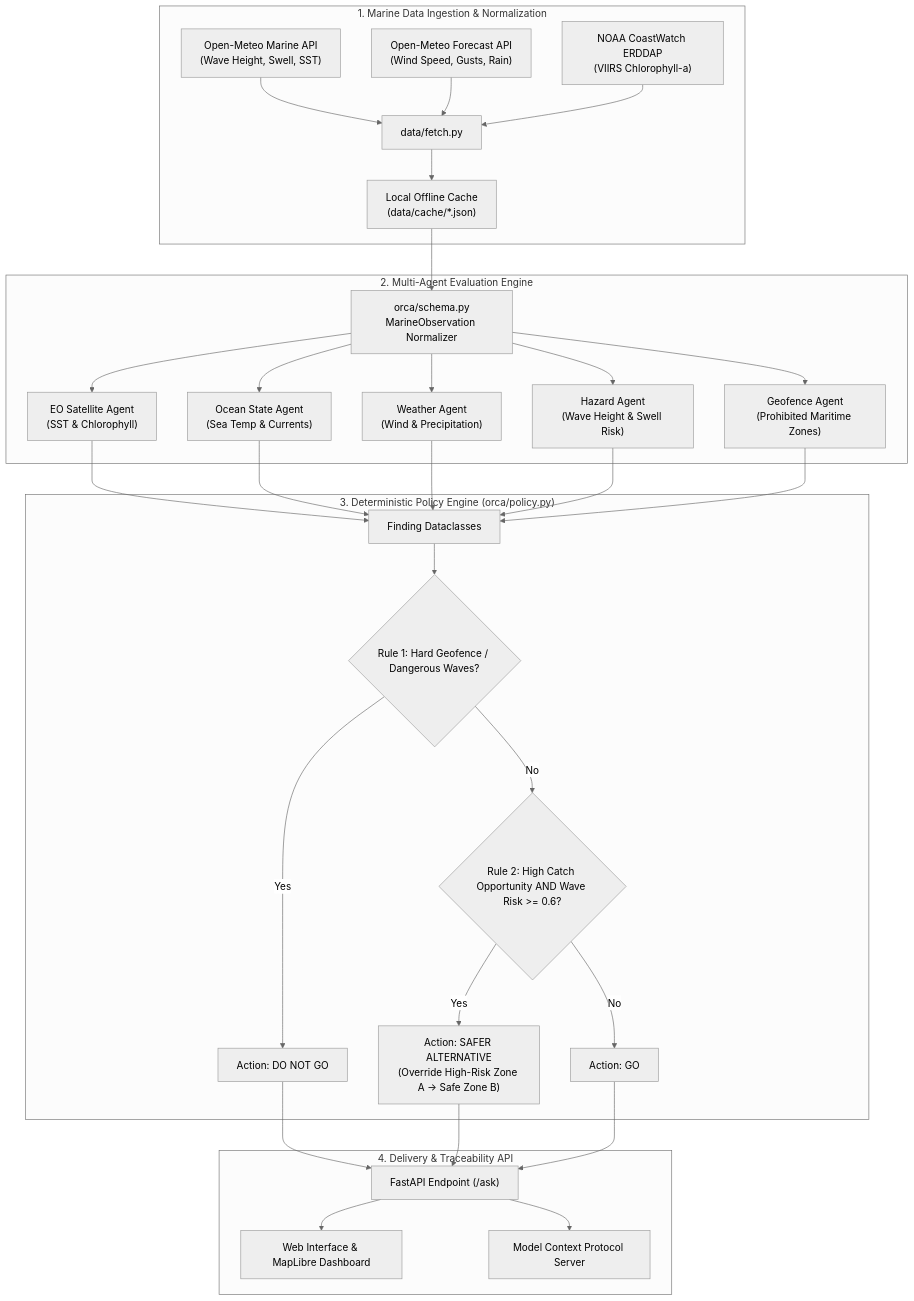
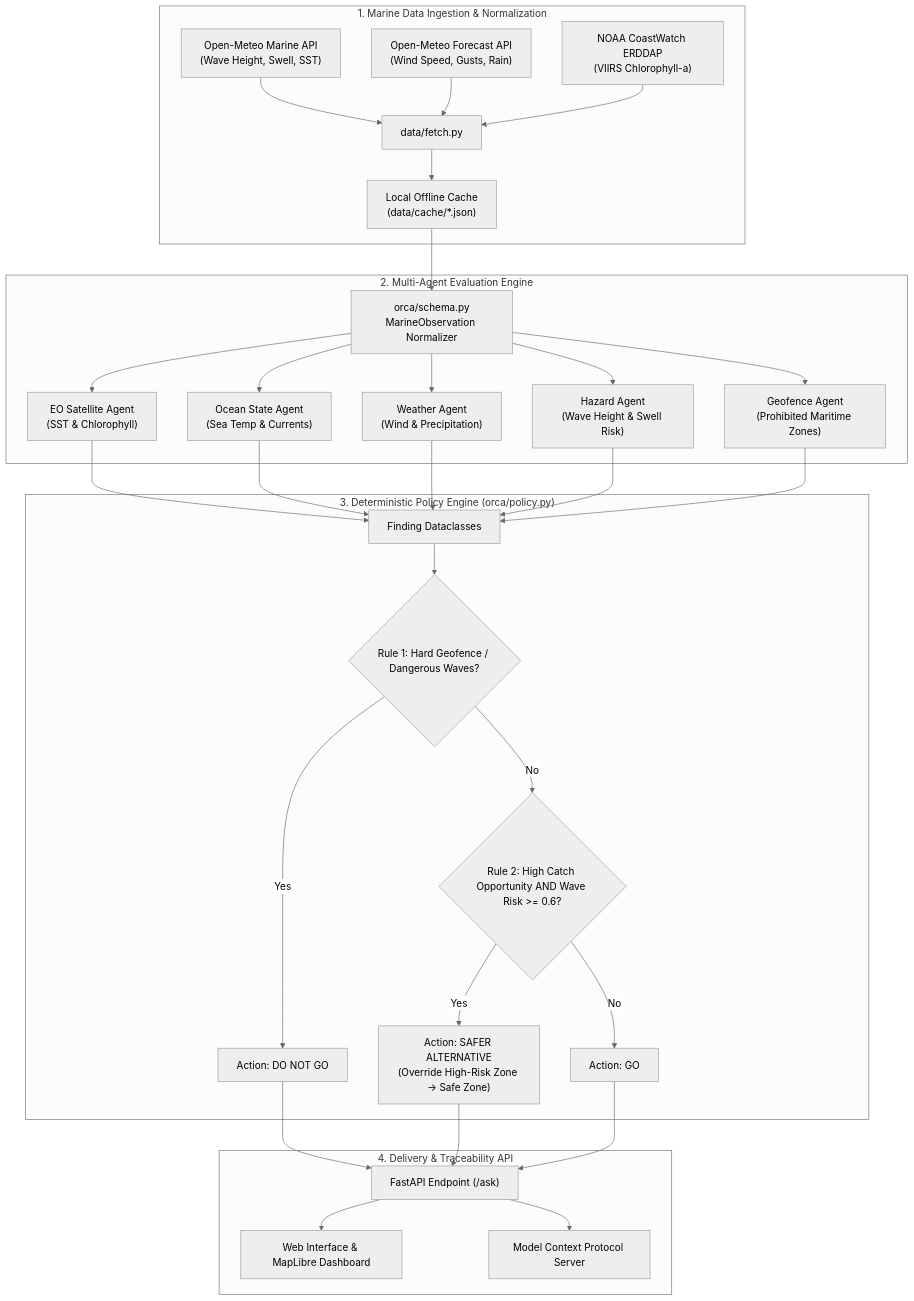
One commit to Anbu-00001/ORCA changed the first of 3 diagrams in README.md. Above: the diagram before and after it, drawn with Mermaid (neutral theme). The commit also changed other lines of this file and 33 other files, not shown here.

````diff
--- a/README.md
+++ b/README.md
@@ -40,45 +40,45 @@
 ```mermaid
 flowchart TD
     subgraph Data_Layer ["1. Marine Data Ingestion & Normalization"]
         OM_Marine["Open-Meteo Marine API\n(Wave Height, Swell, SST)"]
         OM_Forecast["Open-Meteo Forecast API\n(Wind Speed, Gusts, Rain)"]
         NOAA_ERDDAP["NOAA CoastWatch ERDDAP\n(VIIRS Chlorophyll-a)"]
         Cache["Local Offline Cache\n(data/cache/*.json)"]
         
         OM_Marine --> Fetcher["data/fetch.py"]
         OM_Forecast --> Fetcher
         NOAA_ERDDAP --> Fetcher
         Fetcher --> Cache
     end
 
     subgraph Agent_Layer ["2. Multi-Agent Evaluation Engine"]
         Cache --> Schema["orca/schema.py\nMarineObservation Normalizer"]
         Schema --> Agent1["EO Satellite Agent\n(SST & Chlorophyll)"]
         Schema --> Agent2["Ocean State Agent\n(Sea Temp & Currents)"]
         Schema --> Agent3["Weather Agent\n(Wind & Precipitation)"]
         Schema --> Agent4["Hazard Agent\n(Wave Height & Swell Risk)"]
         Schema --> Agent5["Geofence Agent\n(Prohibited Maritime Zones)"]
     end
 
     subgraph Policy_Layer ["3. Deterministic Policy Engine (orca/policy.py)"]
         Agent1 --> Findings["Finding Dataclasses"]
         Agent2 --> Findings
         Agent3 --> Findings
         Agent4 --> Findings
         Agent5 --> Findings
         
         Findings --> PolicyRule1{"Rule 1: Hard Geofence / Dangerous Waves?"}
         PolicyRule1 -- "Yes" --> Deny["Action: DO NOT GO"]
         PolicyRule1 -- "No" --> PolicyRule2{"Rule 2: High Catch Opportunity AND Wave Risk >= 0.6?"}
-        PolicyRule2 -- "Yes" --> Override["Action: SAFER ALTERNATIVE\n(Override High-Risk Zone A -> Safe Zone B)"]
+        PolicyRule2 -- "Yes" --> Override["Action: SAFER ALTERNATIVE\n(Override High-Risk Zone -> Safe Zone)"]
         PolicyRule2 -- "No" --> SafeGo["Action: GO"]
     end
 
     subgraph Delivery_Layer ["4. Delivery & Traceability API"]
         Deny --> API["FastAPI Endpoint (/ask)"]
         Override --> API
         SafeGo --> API
         API --> WebUI["Web Interface & MapLibre Dashboard"]
         API --> MCP["Model Context Protocol Server"]
     end
 ```
````
